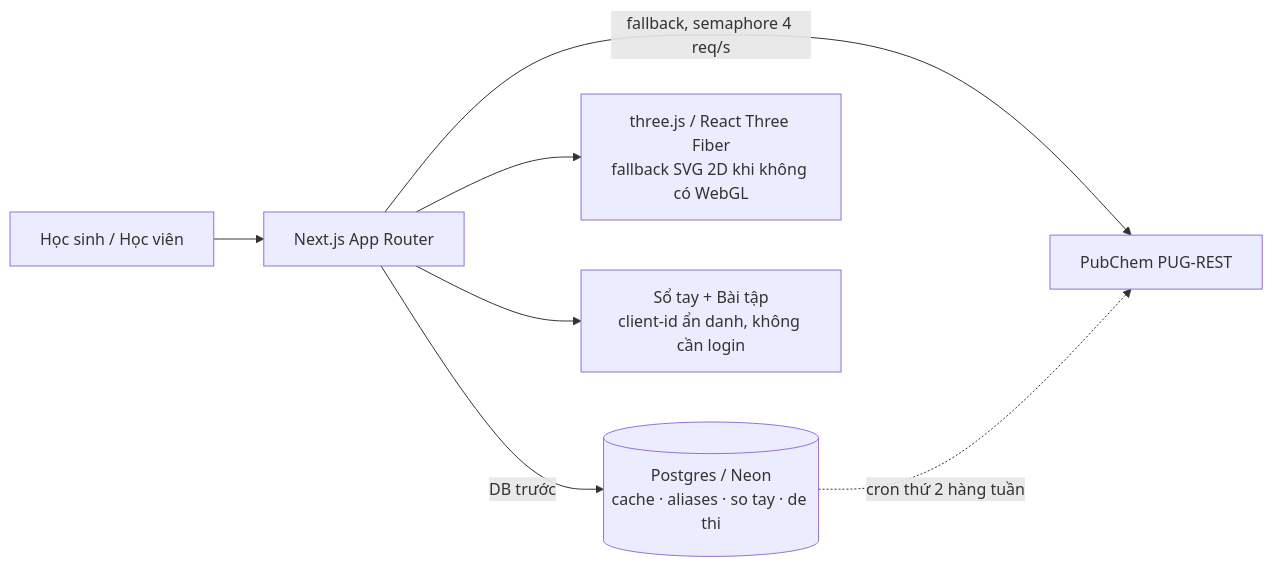
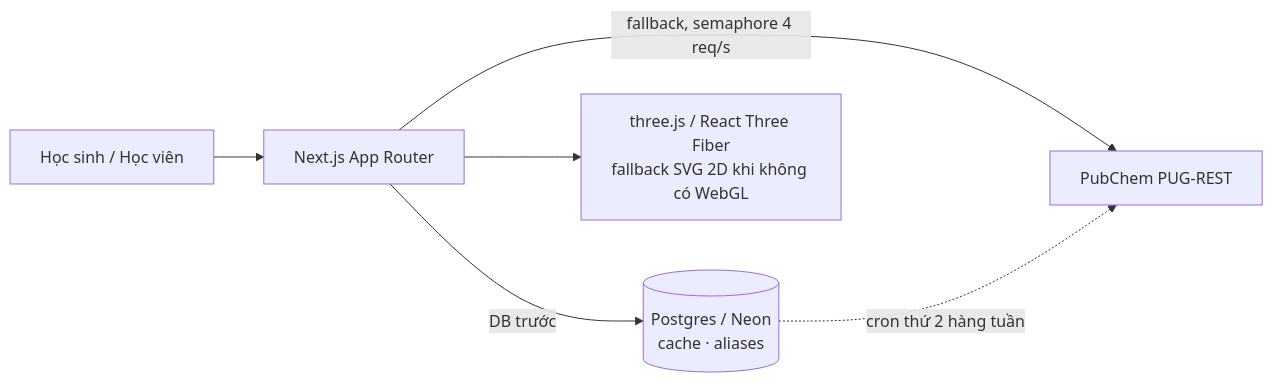
Before and after one commit to minhtai0611/japanese-aesthetic-chemistry-simulation: the diagram in README.md, drawn with Mermaid. The commit also changed other lines of this file and 30 other files, not shown here.

````diff
--- a/README.md
+++ b/README.md
@@ -29,9 +29,8 @@
 ```mermaid
 flowchart LR
   U[Học sinh / Học viên] --> N[Next.js App Router]
-  N -->|DB trước| P[(Postgres / Neon<br/>cache · aliases · so tay · de thi)]
+  N -->|DB trước| P[(Postgres / Neon<br/>cache · aliases)]
   N -->|fallback, semaphore 4 req/s| C[PubChem PUG-REST]
   P -.->|cron thứ 2 hàng tuần| C
   N --> W[three.js / React Three Fiber<br/>fallback SVG 2D khi không có WebGL]
-  N --> L[Sổ tay + Bài tập<br/>client-id ẩn danh, không cần login]
 ```
````
